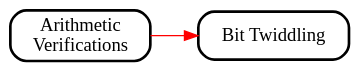
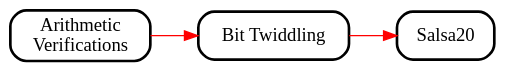
One commit to weaversa/cryptol-course changed the diagram in misc/SAWDemos.gv. Above: the diagram before and after it, drawn with Graphviz. The commit also changed 2 other files, not shown here.

Commit message:
Added Salsa20 to the diagram

```diff
--- a/misc/SAWDemos.gv
+++ b/misc/SAWDemos.gv
@@ -1,37 +1,38 @@
 digraph  {
   //splines = ortho;
   //concentrate = true;
 
   bgcolor="transparent";
   rankdir="LR";
 
   node [shape="box", style="rounded,filled", fillcolor="white", penwidth = 2];
   edge [penwidth = 1];
 
   // URLs by node
   // recommended
   
   ArithmeticVerifications    [URL="../labs/Demos/SAW/ArithmeticVerifications/ArithmeticVerifications.html"];
   BitTwiddling               [URL="../labs/Demos/SAW/Bittwiddling/Bittwiddling.html"];
+  Salsa20                    [URL="../labs/Demos/SAW/Salsa20/Salsa20.html"];
 
   // branch nodes
   node [fillcolor="white"];
-  
 
   // newline/space labels
   
   ArithmeticVerifications    [label = "Arithmetic\nVerifications"]
   BitTwiddling               [label = "Bit Twiddling"]
+  Salsa20                    [label = "Salsa20"]
 
   // recommended flow
   edge [color=red];
   
-  ArithmeticVerifications -> BitTwiddling;
+  ArithmeticVerifications -> BitTwiddling -> Salsa20;
 
   // branches
   edge [color=black];
   
 
   // ranks
 
 }
```
